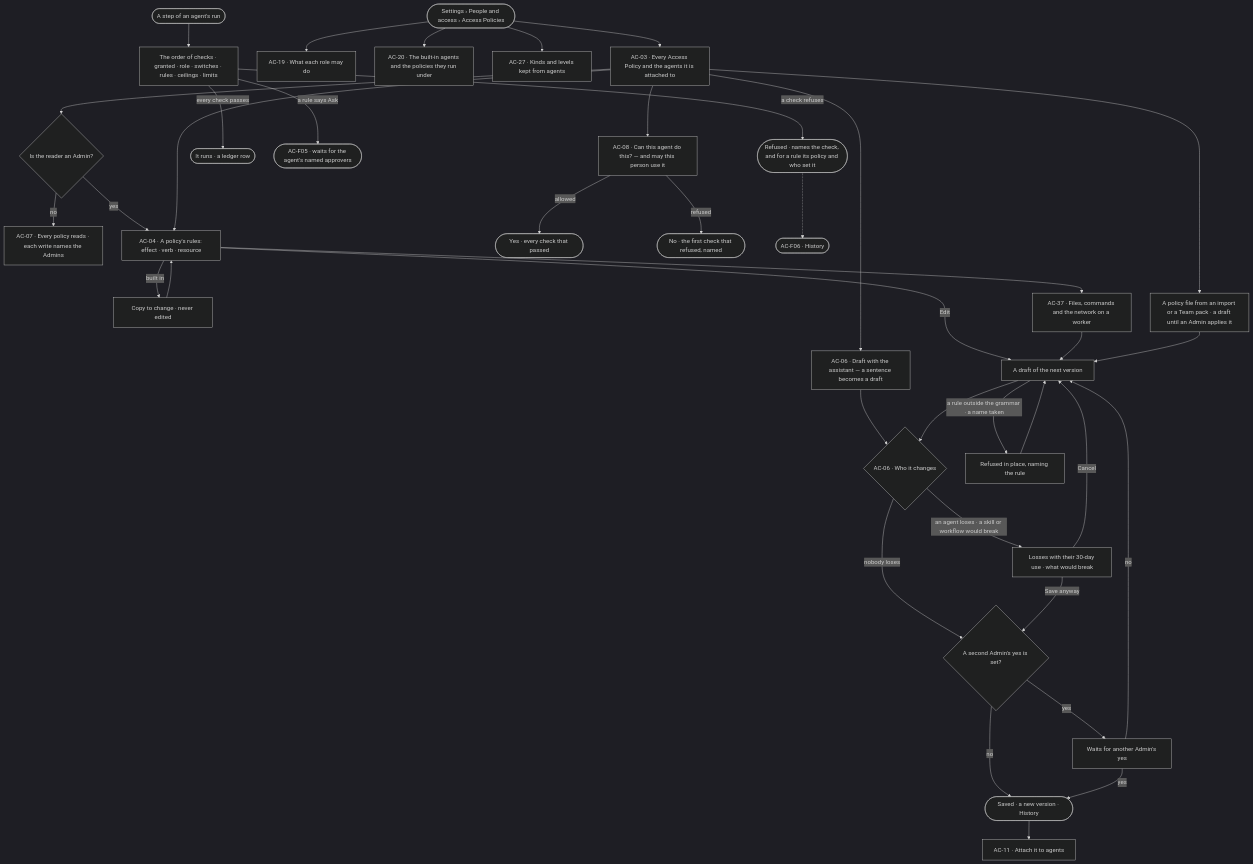
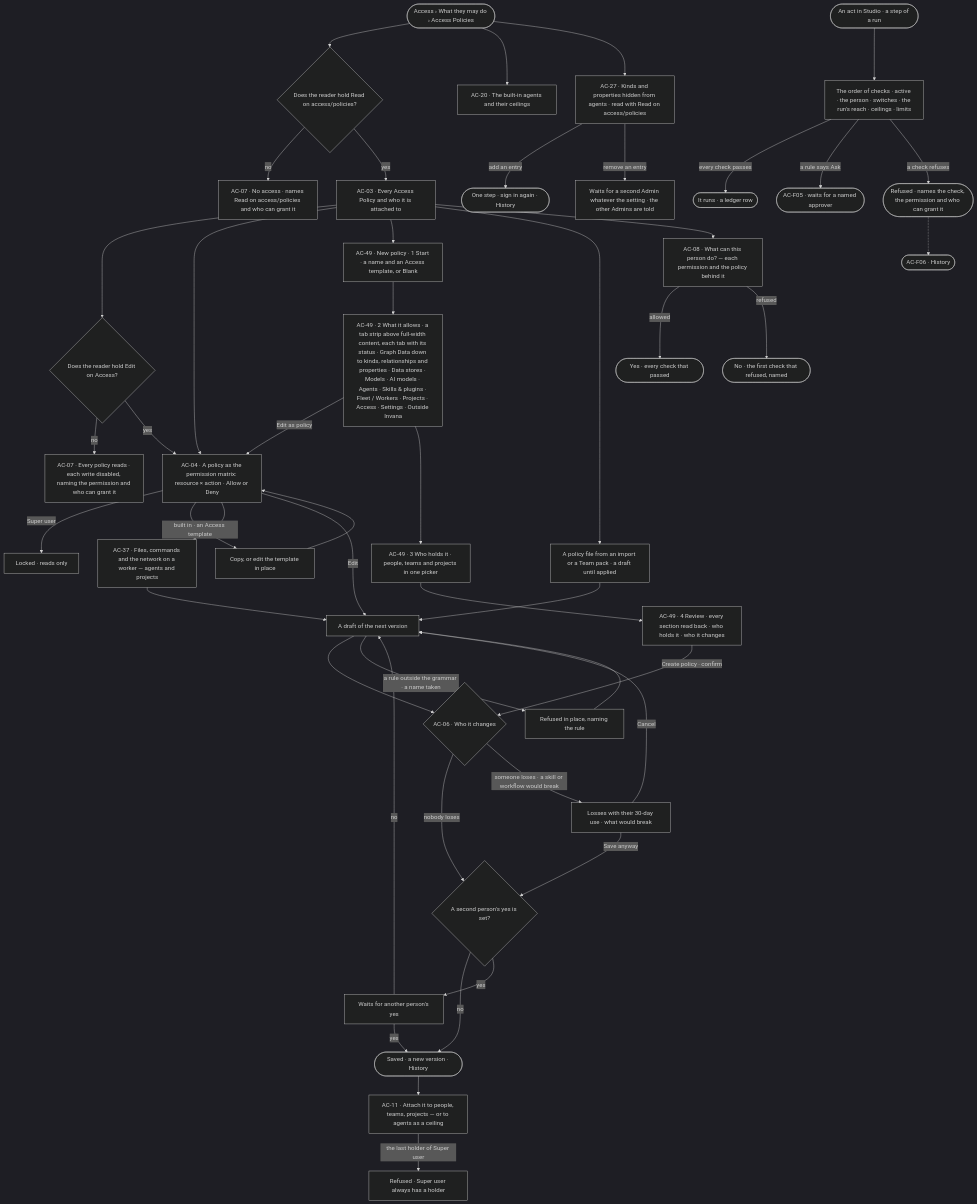
The first of 2 diagrams in specs/os/access/features/AC-F02-access-policies/feature.md (invana/invana), drawn with Mermaid (dark theme) before and after one commit. The commit also changed other lines of this file and 456 other files, not shown here.

````diff
--- a/specs/os/access/features/AC-F02-access-policies/feature.md
+++ b/specs/os/access/features/AC-F02-access-policies/feature.md
@@ -29,39 +30,48 @@
 ```mermaid
 flowchart TD
-  start([Settings › People and access › Access Policies]) --> list["AC-03 · Every Access Policy and the agents it is attached to"]
-  list --> who{"Is the reader an Admin?"}
-  who -->|no| ro["AC-07 · Every policy reads · each write names the Admins"]
-  who -->|yes| open["AC-04 · A policy's rules: effect · verb · resource"]
+  start([Access › What they may do › Access Policies]) --> gate{"Does the reader hold Read on access/policies?"}
+  gate -->|no| na["AC-07 · No access · names Read on access/policies and who can grant it"]
+  gate -->|yes| list["AC-03 · Every Access Policy and who it is attached to"]
+  list --> who{"Does the reader hold Edit on Access?"}
+  who -->|no| ro["AC-07 · Every policy reads · each write disabled, naming the permission and who can grant it"]
+  who -->|yes| open["AC-04 · A policy as the permission matrix: resource × action · Allow or Deny"]
   list --> open
-  open -->|built in| copy["Copy to change · never edited"] --> open
-  open --> wk["AC-37 · Files, commands and the network on a worker"]
-  list --> draft["AC-06 · Draft with the assistant — a sentence becomes a draft"]
-  list --> imp0["A policy file from an import or a Team pack · a draft until an Admin applies it"]
+  open -->|Super user| lock["Locked · reads only"]
+  open -->|built in · an Access template| copy["Copy, or edit the template in place"] --> open
+  list --> np["AC-49 · New policy · 1 Start · a name and an Access template, or Blank"]
+  np --> form["AC-49 · 2 What it allows · a tab strip above full-width content, each tab with its status · Graph Data down to kinds, relationships and properties · Data stores · Models · AI models · Agents · Skills & plugins · Fleet / Workers · Projects · Access · Settings · Outside Invana"]
+  form -->|Edit as policy| open
+  form --> hold["AC-49 · 3 Who holds it · people, teams and projects in one picker"]
+  hold --> rv["AC-49 · 4 Review · every section read back · who holds it · who it changes"]
+  rv -->|Create policy · confirm| imp
+  open --> wk["AC-37 · Files, commands and the network on a worker — agents and projects"]
+  list --> imp0["A policy file from an import or a Team pack · a draft until applied"]
   open -->|Edit| edit["A draft of the next version"]
   wk --> edit
   imp0 --> edit
-  draft --> imp{"AC-06 · Who it changes"}
-  edit --> imp
-  imp -->|nobody loses| sv{"A second Admin's yes is set?"}
-  imp -->|an agent loses · a skill or workflow would break| warn["Losses with their 30-day use · what would break"]
+  edit --> imp{"AC-06 · Who it changes"}
+  imp -->|nobody loses| sv{"A second person's yes is set?"}
+  imp -->|someone loses · a skill or workflow would break| warn["Losses with their 30-day use · what would break"]
   warn -->|Save anyway| sv
   warn -->|Cancel| edit
   sv -->|no| save(["Saved · a new version · History"])
-  sv -->|yes| two["Waits for another Admin's yes"]
+  sv -->|yes| two["Waits for another person's yes"]
   two -->|yes| save
   two -->|no| edit
   edit -->|a rule outside the grammar · a name taken| ref["Refused in place, naming the rule"]
   ref --> edit
-  save --> att["AC-11 · Attach it to agents"]
-  list --> chk["AC-08 · Can this agent do this? — and may this person use it"]
+  save --> att["AC-11 · Attach it to people, teams, projects — or to agents as a ceiling"]
+  att -->|the last holder of Super user| lst["Refused · Super user always has a holder"]
+  list --> chk["AC-08 · What can this person do? — each permission and the policy behind it"]
   chk -->|allowed| yes(["Yes · every check that passed"])
   chk -->|refused| no(["No · the first check that refused, named"])
-  start --> roles["AC-19 · What each role may do"]
-  start --> bi["AC-20 · The built-in agents and the policies they run under"]
-  start --> kept["AC-27 · Kinds and levels kept from agents"]
-  run([A step of an agent's run]) --> order["The order of checks · granted · role · switches · rules · ceilings · limits"]
+  start --> bi["AC-20 · The built-in agents and their ceilings"]
+  start --> kept["AC-27 · Kinds and properties hidden from agents · read with Read on access/policies"]
+  kept -->|add an entry| kadd(["One step · sign in again · History"])
+  kept -->|remove an entry| krm["Waits for a second Admin whatever the setting · the other Admins are told"]
+  act([An act in Studio · a step of a run]) --> order["The order of checks · active · the person · switches · the run's reach · ceilings · limits"]
   order -->|every check passes| go(["It runs · a ledger row"])
-  order -->|a rule says Ask| askf(["AC-F05 · waits for the agent's named approvers"])
-  order -->|a check refuses| blk(["Refused · names the check, and for a rule its policy and who set it"])
+  order -->|a rule says Ask| askf(["AC-F05 · waits for a named approver"])
+  order -->|a check refuses| blk(["Refused · names the check, the permission and who can grant it"])
   blk -.-> hist(["AC-F06 · History"])
 ```
````
